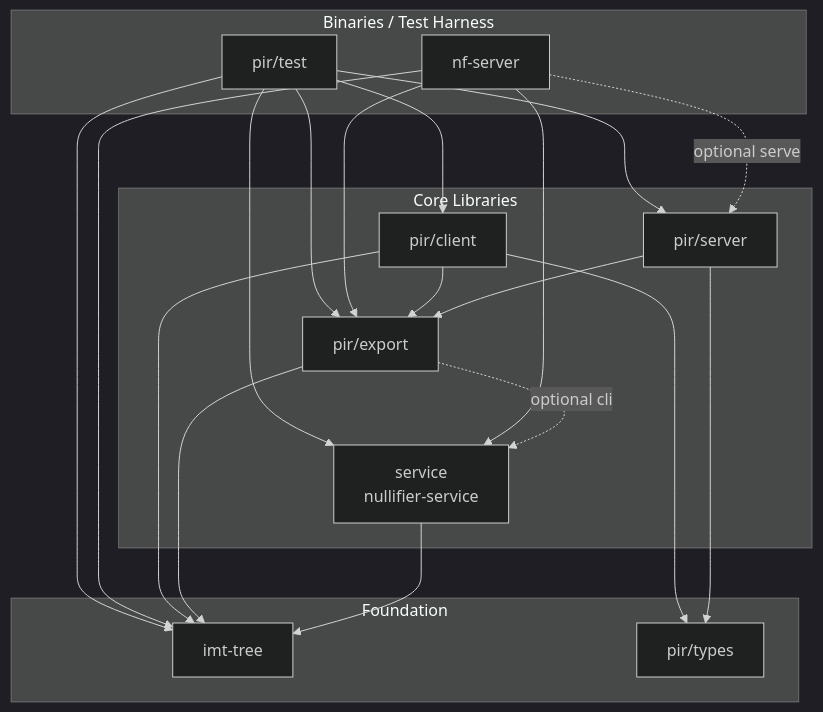
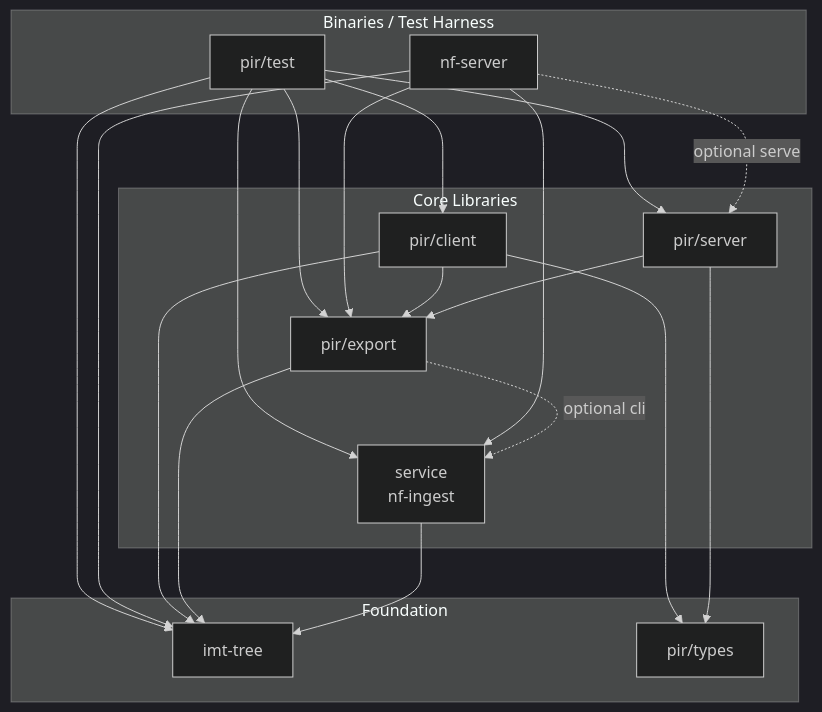
One commit to valargroup/vote-nullifier-pir changed the diagram in README.md. Above: the diagram before and after it, drawn with Mermaid (dark theme). The commit also changed other lines of this file and 27 other files, not shown here.

First line of the commit message:
Rename nullifier-service crate to nf-ingest

````diff
--- a/README.md
+++ b/README.md
@@ -9,37 +9,37 @@
 ```mermaid
 graph TD
     subgraph foundation [Foundation]
         imtTree[imt-tree]
         pirTypes[pir/types]
     end
 
     subgraph core [Core Libraries]
-        service[service<br/>nullifier-service]
+        service[service<br/>nf-ingest]
         pirExport[pir/export]
         pirServer[pir/server]
         pirClient[pir/client]
     end
 
     subgraph binaries [Binaries / Test Harness]
         nfServer[nf-server]
         pirTest[pir/test]
     end
 
     service --> imtTree
     pirExport --> imtTree
     pirExport -.->|optional cli| service
     pirServer --> pirTypes
     pirServer --> pirExport
     pirClient --> pirTypes
     pirClient --> pirExport
     pirClient --> imtTree
     nfServer --> pirExport
     nfServer --> service
     nfServer --> imtTree
     nfServer -.->|optional serve| pirServer
     pirTest --> pirExport
     pirTest --> pirClient
     pirTest --> pirServer
     pirTest --> imtTree
     pirTest --> service
 ```
````
